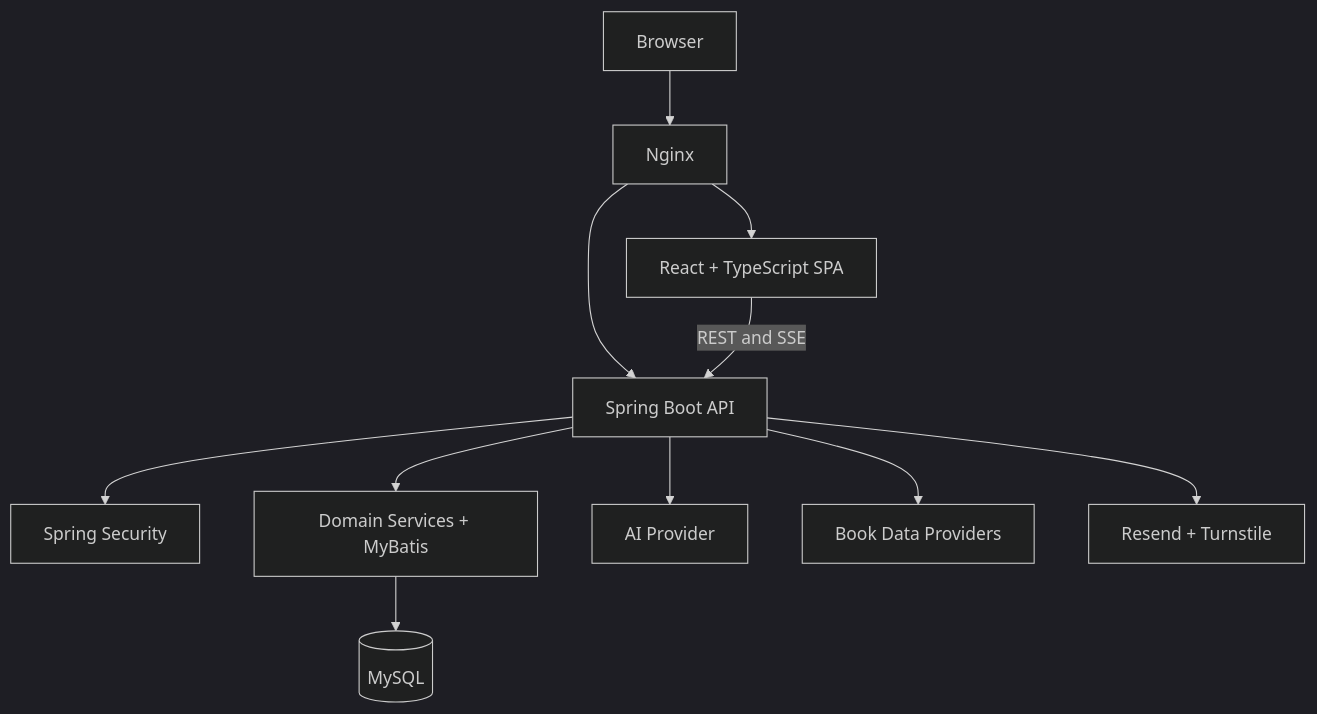
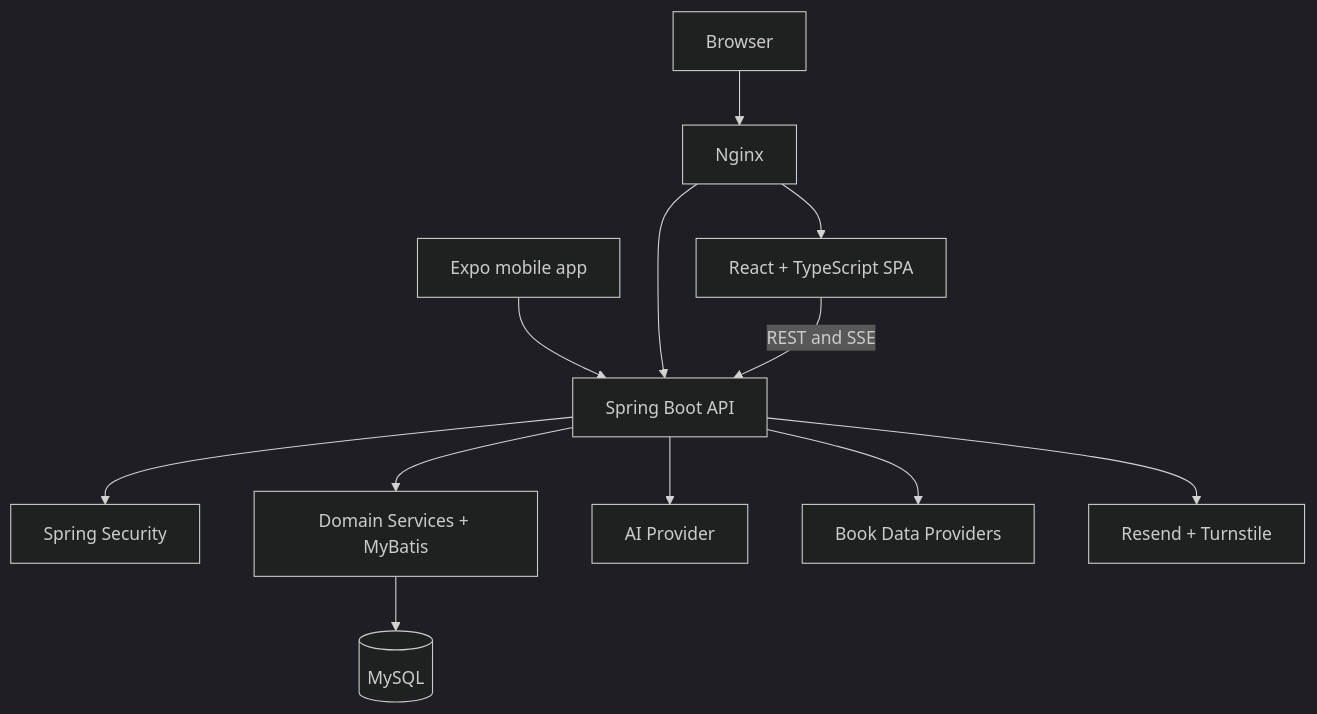
Before and after one commit to peacepiece7/Margins-Mirror: the second of 2 diagrams in README.md, drawn with Mermaid (dark theme). The commit also changed other lines of this file and 675 other files, not shown here.

````diff
--- a/README.md
+++ b/README.md
@@ -94,13 +102,14 @@
 ```mermaid
 flowchart TD
     U[Browser] --> N[Nginx]
+    A[Expo mobile app] --> B[Spring Boot API]
     N --> F[React + TypeScript SPA]
     N --> B[Spring Boot API]
     F -->|REST and SSE| B
     B --> S[Spring Security]
     B --> M[Domain Services + MyBatis]
     M --> DB[(MySQL)]
     B --> AI[AI Provider]
     B --> BOOK[Book Data Providers]
     B --> MAIL[Resend + Turnstile]
 ```
````
